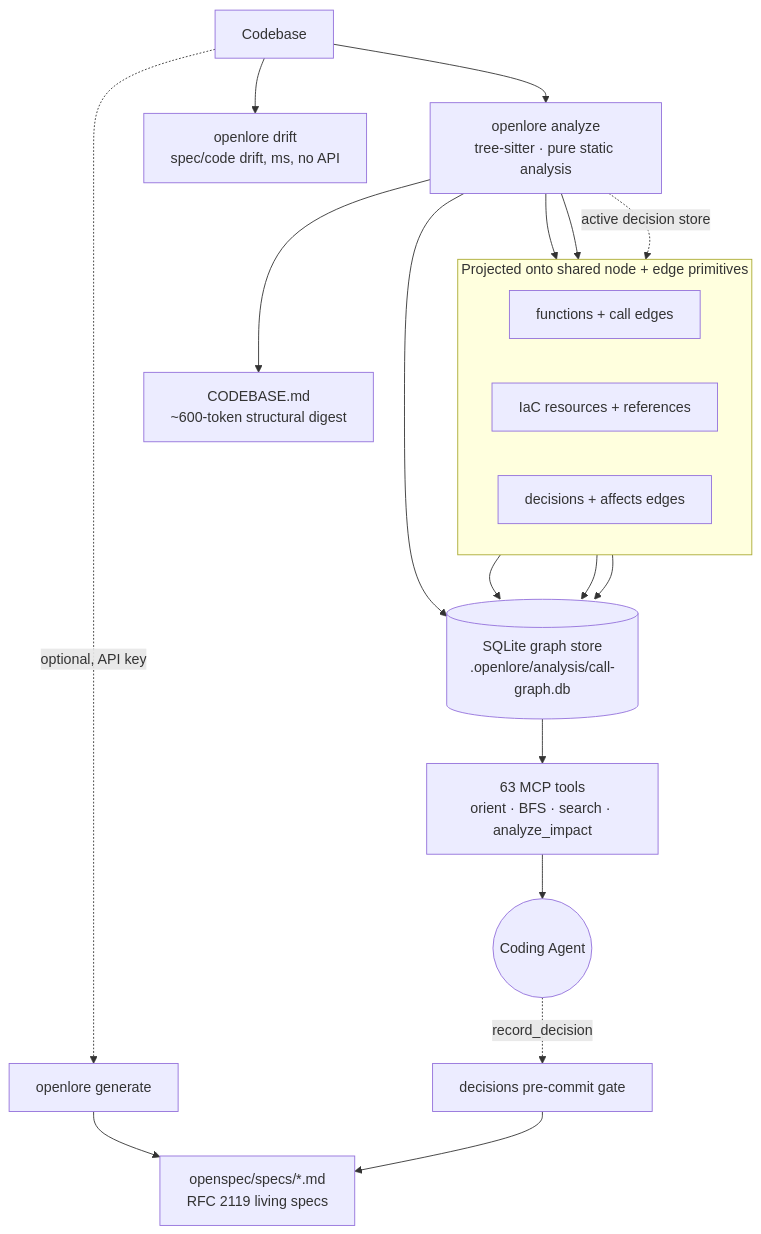
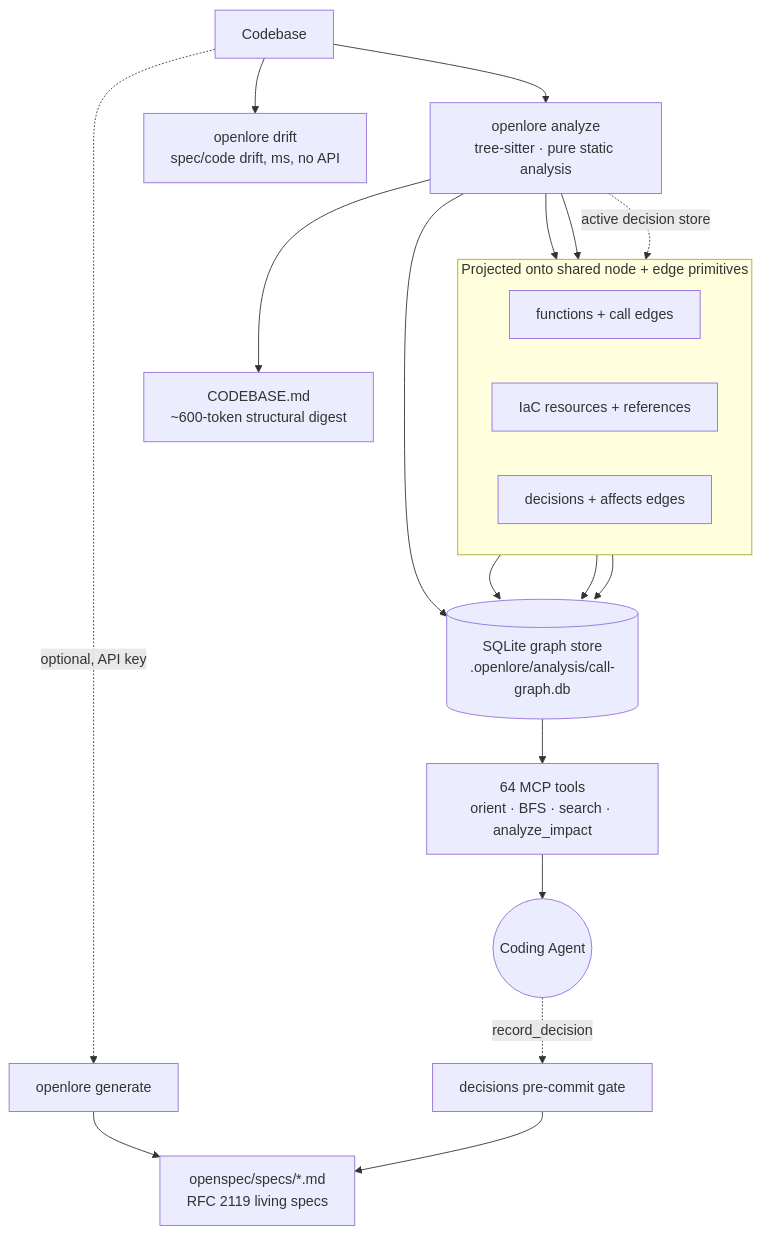
The first of 2 diagrams in README.md (clay-good/OpenLore), drawn with Mermaid before and after one commit. The commit also changed other lines of this file and 19 other files, not shown here.

````diff
--- a/README.md
+++ b/README.md
@@ -441,28 +441,28 @@
 ```mermaid
 flowchart TD
     Code[Codebase] --> Analyze[openlore analyze<br/>tree-sitter · pure static analysis]
     Analyze --> DB[(SQLite graph store<br/>.openlore/analysis/call-graph.db)]
     Analyze --> Digest[CODEBASE.md<br/>~600-token structural digest]
 
     subgraph shared["Projected onto shared node + edge primitives"]
       direction LR
       CodeNodes[functions + call edges]
       Iac[IaC resources + references]
       Dec[decisions + affects edges]
     end
     Analyze --> CodeNodes
     Analyze --> Iac
     Analyze -. active decision store .-> Dec
     CodeNodes --> DB
     Iac --> DB
     Dec --> DB
 
-    DB --> MCP[63 MCP tools<br/>orient · BFS · search · analyze_impact]
+    DB --> MCP[64 MCP tools<br/>orient · BFS · search · analyze_impact]
     MCP --> Agent((Coding Agent))
 
     Code -. optional, API key .-> Gen[openlore generate]
     Gen --> Specs[openspec/specs/*.md<br/>RFC 2119 living specs]
     Code --> Drift[openlore drift<br/>spec/code drift, ms, no API]
     Agent -. record_decision .-> Gate[decisions pre-commit gate]
     Gate --> Specs
 ```
````
